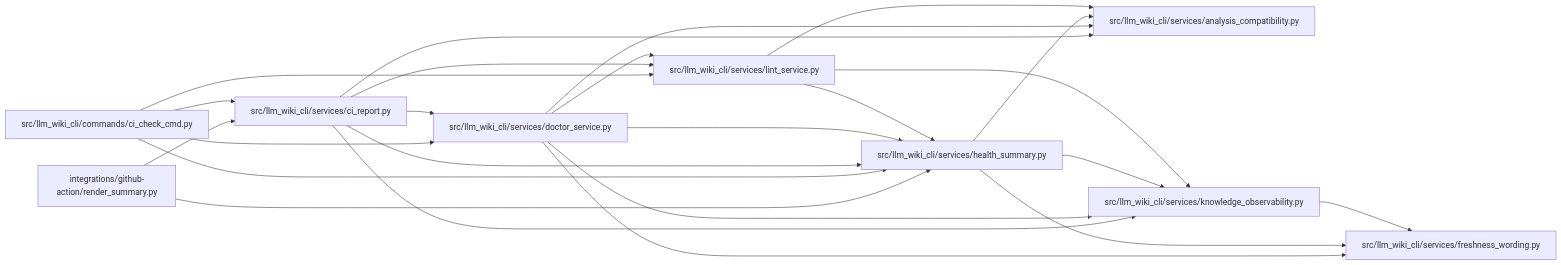
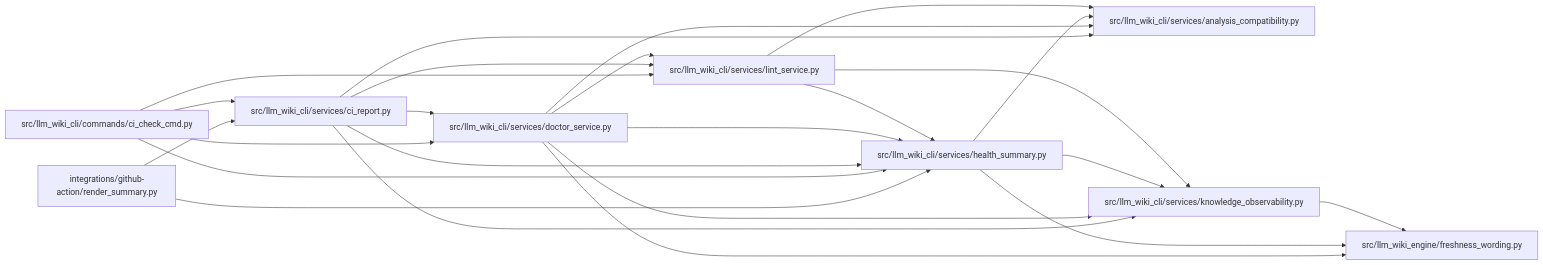
Before and after one commit to Denissvgn/python-wiki-llm: the diagram in docs/llm_wiki/modules/health_summary.md, drawn with Mermaid. The commit also changed other lines of this file and 1103 other files, not shown here.

First line of the commit message:
docs: refresh the wiki for the llm-wiki-engine distribution

````diff
--- a/docs/llm_wiki/modules/health_summary.md
+++ b/docs/llm_wiki/modules/health_summary.md
@@ -34,44 +34,44 @@
 ```mermaid
 flowchart LR
     n0["integrations/github-action/render_summary.py"]
     n1["src/llm_wiki_cli/commands/ci_check_cmd.py"]
     n2["src/llm_wiki_cli/services/analysis_compatibility.py"]
     n3["src/llm_wiki_cli/services/ci_report.py"]
     n4["src/llm_wiki_cli/services/doctor_service.py"]
-    n5["src/llm_wiki_cli/services/freshness_wording.py"]
-    n6["src/llm_wiki_cli/services/health_summary.py"]
-    n7["src/llm_wiki_cli/services/knowledge_observability.py"]
-    n8["src/llm_wiki_cli/services/lint_service.py"]
+    n5["src/llm_wiki_cli/services/health_summary.py"]
+    n6["src/llm_wiki_cli/services/knowledge_observability.py"]
+    n7["src/llm_wiki_cli/services/lint_service.py"]
+    n8["src/llm_wiki_engine/freshness_wording.py"]
     n0 --> n3
-    n0 --> n6
+    n0 --> n5
     n1 --> n3
     n1 --> n4
-    n1 --> n6
-    n1 --> n8
+    n1 --> n5
+    n1 --> n7
     n3 --> n2
     n3 --> n4
+    n3 --> n5
     n3 --> n6
     n3 --> n7
-    n3 --> n8
     n4 --> n2
     n4 --> n5
     n4 --> n6
     n4 --> n7
     n4 --> n8
-    n6 --> n2
-    n6 --> n5
-    n6 --> n7
+    n5 --> n2
+    n5 --> n6
+    n5 --> n8
+    n6 --> n8
+    n7 --> n2
     n7 --> n5
-    n8 --> n2
-    n8 --> n6
-    n8 --> n7
+    n7 --> n6
     click n0 "../modules/render_summary.md"
     click n1 "../modules/ci_check_cmd.md"
     click n2 "../modules/analysis_compatibility.md"
     click n3 "../modules/ci_report.md"
     click n4 "../modules/doctor_service.md"
-    click n5 "../modules/freshness_wording.md"
-    click n6 "../modules/health_summary.md"
-    click n7 "../modules/knowledge_observability.md"
-    click n8 "../modules/lint_service.md"
+    click n5 "../modules/health_summary.md"
+    click n6 "../modules/knowledge_observability.md"
+    click n7 "../modules/lint_service.md"
+    click n8 "../modules/freshness_wording.md"
 ```
````
